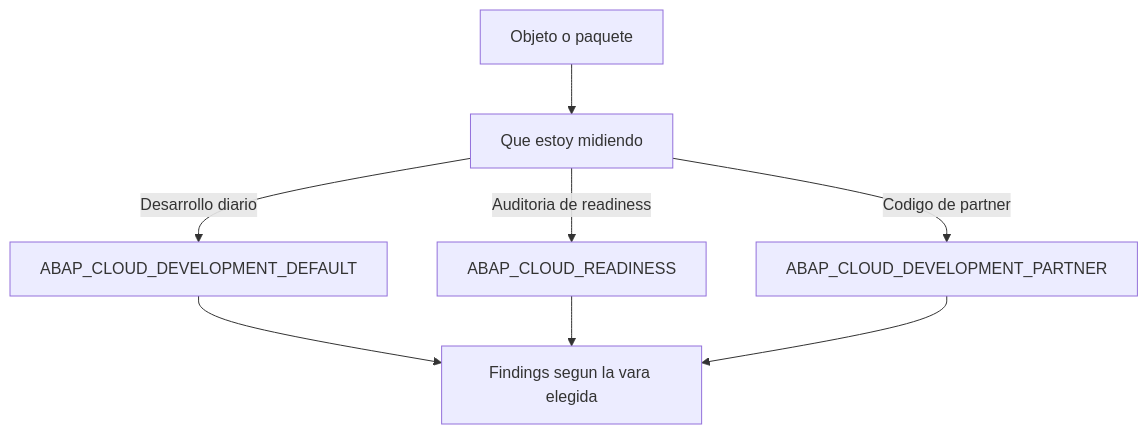
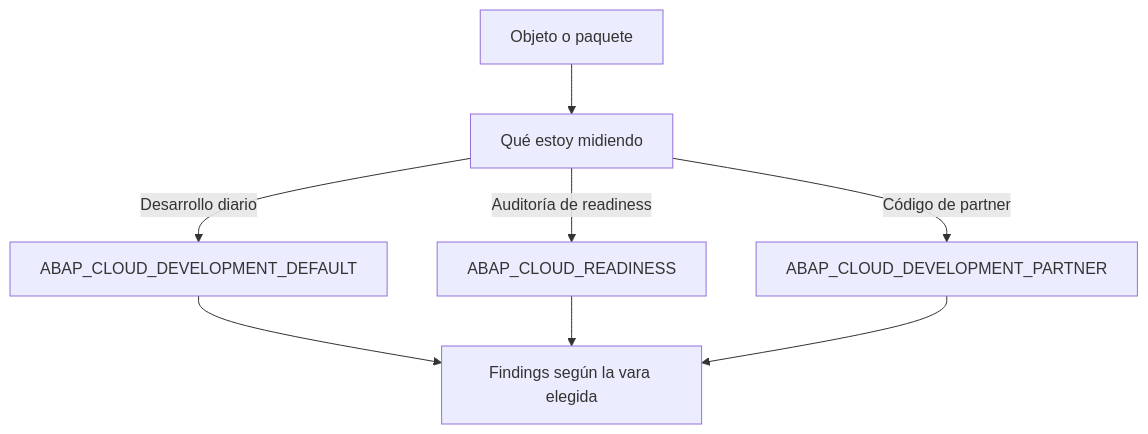
One commit to logalitech/blog-content changed the diagram in es/atc-check-variants-y-baseline.mdx. Above: the diagram before and after it, drawn with Mermaid. The commit also changed other lines of this file and 49 other files, not shown here.

````diff
--- a/es/atc-check-variants-y-baseline.mdx
+++ b/es/atc-check-variants-y-baseline.mdx
@@ -23,10 +23,10 @@
 ```mermaid
 flowchart TD
-  OBJ["Objeto o paquete"] --> Q["Que estoy midiendo"]
+  OBJ["Objeto o paquete"] --> Q["Qué estoy midiendo"]
   Q -->|"Desarrollo diario"| D["ABAP_CLOUD_DEVELOPMENT_DEFAULT"]
-  Q -->|"Auditoria de readiness"| R["ABAP_CLOUD_READINESS"]
-  Q -->|"Codigo de partner"| P["ABAP_CLOUD_DEVELOPMENT_PARTNER"]
-  D --> RES["Findings segun la vara elegida"]
+  Q -->|"Auditoría de readiness"| R["ABAP_CLOUD_READINESS"]
+  Q -->|"Código de partner"| P["ABAP_CLOUD_DEVELOPMENT_PARTNER"]
+  D --> RES["Findings según la vara elegida"]
   R --> RES
   P --> RES
 ```
````
